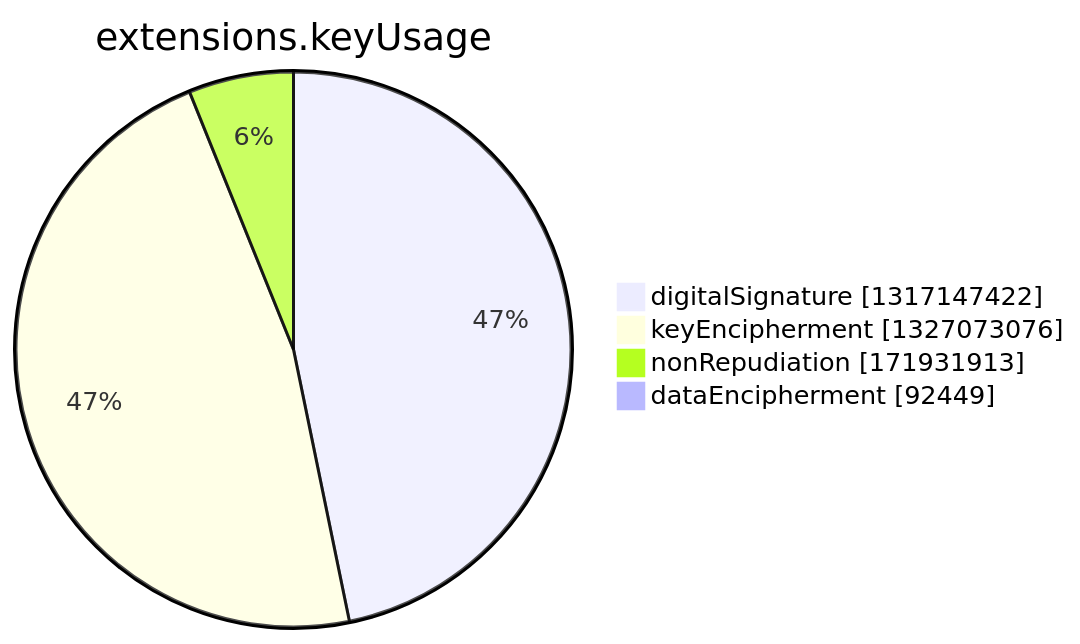
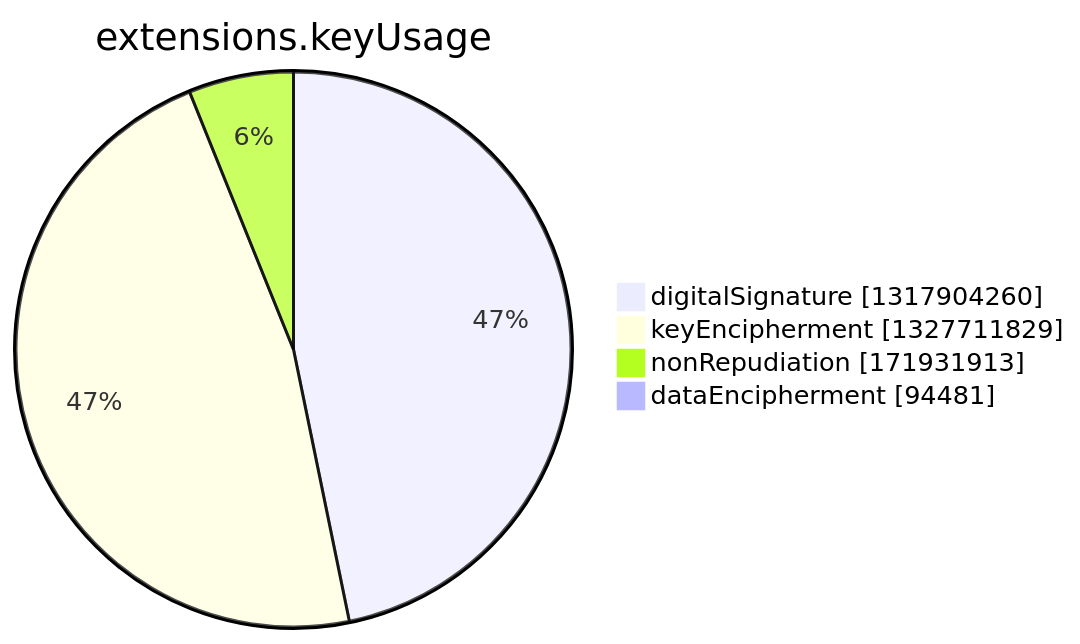
One commit to christiankrug/ctmonitor_visualization changed the seventh of 15 diagrams in argon2022/README.md. Above: the diagram before and after it, drawn with Mermaid. The commit also changed other lines of this file, not shown here.

````diff
--- a/argon2022/README.md
+++ b/argon2022/README.md
@@ -2750,8 +2750,8 @@
 ```mermaid
 pie showData
 title extensions.keyUsage
-"digitalSignature" :1317147422
-"keyEncipherment" :1327073076
+"digitalSignature" :1317904260
+"keyEncipherment" :1327711829
 "nonRepudiation" :171931913
-"dataEncipherment" :92449
+"dataEncipherment" :94481
 ```
````
